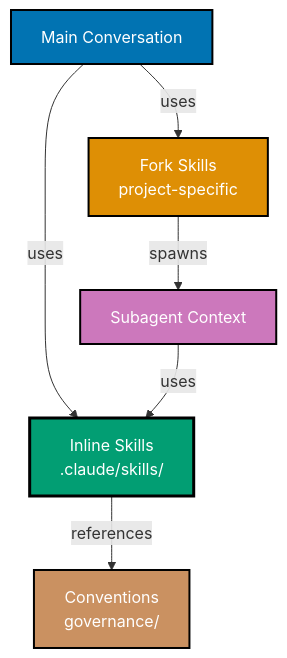
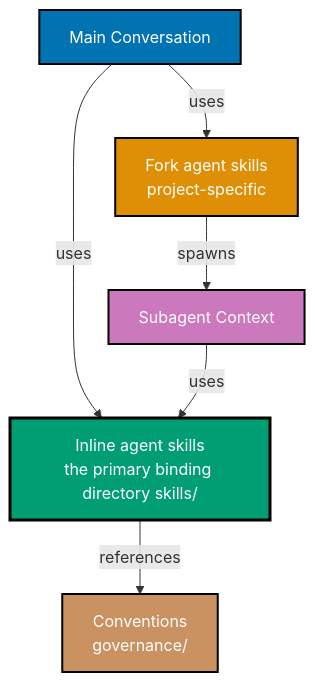
The diagram in governance/development/agents/skill-context-architecture.md (wahidyankf/ose-primer), drawn with Mermaid before and after one commit. The commit also changed other lines of this file and 14 other files, not shown here.

````diff
--- a/governance/development/agents/skill-context-architecture.md
+++ b/governance/development/agents/skill-context-architecture.md
@@ -228,21 +228,21 @@
 ```mermaid
 graph TD
     MC[Main Conversation]
-    IS[Inline Skills<br/>.claude/skills/]
-    FS[Fork Skills<br/>project-specific]
+    IS[Inline agent skills<br/>the primary binding directory skills/]
+    FS[Fork agent skills<br/>project-specific]
     CONV[Conventions<br/>governance/]
     SA[Subagent Context]
 
     MC -- uses --> IS
     MC -- uses --> FS
     FS -- spawns --> SA
     IS -- references --> CONV
     SA -- uses --> IS
     %% SA cannot use FS (architectural constraint: subagents cannot spawn subagents)
 
     style MC fill:#0173B2,stroke:#000000,color:#FFFFFF,stroke-width:2px
     style SA fill:#CC78BC,stroke:#000000,color:#FFFFFF,stroke-width:2px
     style IS fill:#029E73,stroke:#000000,color:#FFFFFF,stroke-width:3px
     style FS fill:#DE8F05,stroke:#000000,color:#FFFFFF,stroke-width:2px
     style CONV fill:#CA9161,stroke:#000000,color:#FFFFFF,stroke-width:2px
 ```
````
